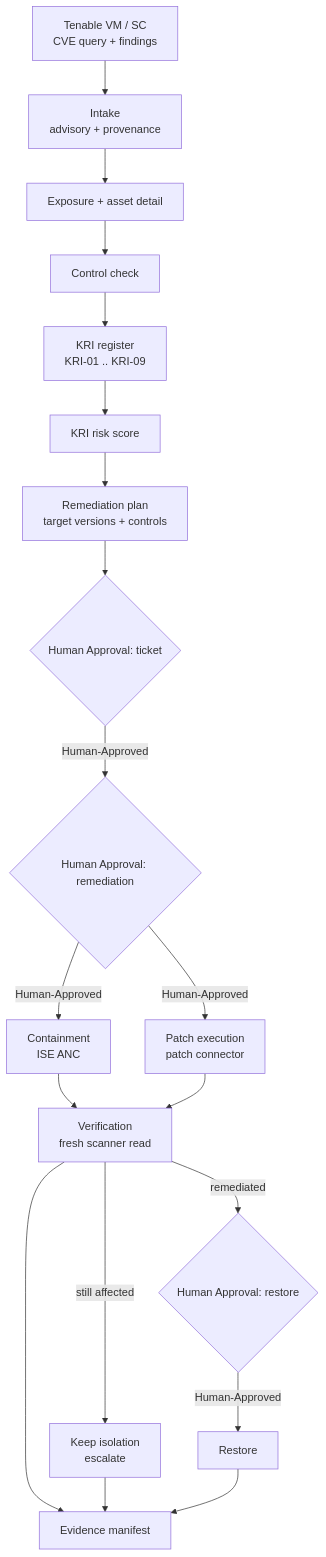
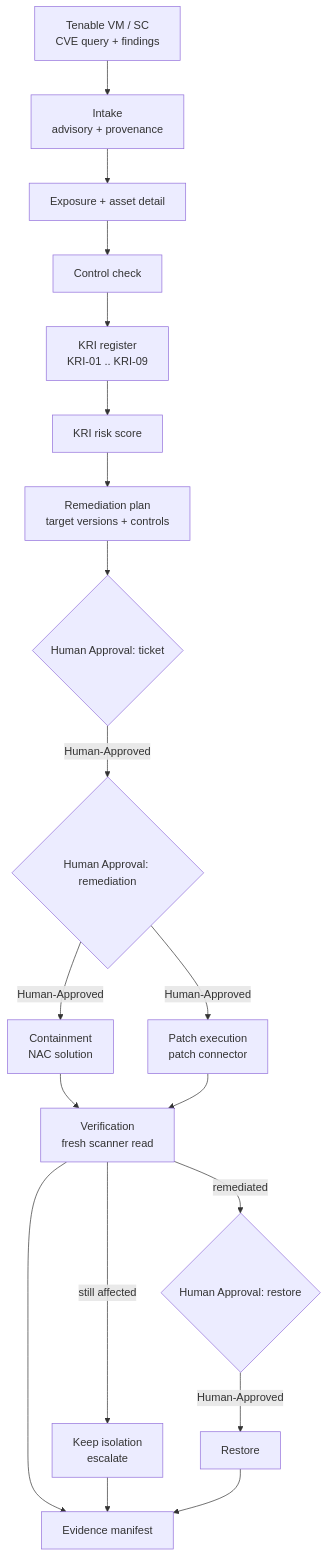
One commit to sword0x00/SecOps-Autopilot changed the diagram in README.md. Above: the diagram before and after it, drawn with Mermaid. The commit also changed other lines of this file and 16 other files, not shown here.

First line of the commit message:
Use NAC solution instead of ISE ANC in docs and user-facing strings

````diff
--- a/README.md
+++ b/README.md
@@ -356,21 +356,21 @@
 ```mermaid
 flowchart TD
     A[Tenable VM / SC<br/>CVE query + findings] --> B[Intake<br/>advisory + provenance]
     B --> C[Exposure + asset detail]
     C --> D[Control check]
     D --> E[KRI register<br/>KRI-01 .. KRI-09]
     E --> E2[KRI risk score]
     E2 --> F[Remediation plan<br/>target versions + controls]
     F --> G{Human Approval: ticket}
     G -->|Human-Approved| H{Human Approval: remediation}
-    H -->|Human-Approved| I[Containment<br/>ISE ANC]
+    H -->|Human-Approved| I[Containment<br/>NAC solution]
     H -->|Human-Approved| P[Patch execution<br/>patch connector]
     I --> V[Verification<br/>fresh scanner read]
     P --> V
     V -->|remediated| K{Human Approval: restore}
     V -->|still affected| L[Keep isolation<br/>escalate]
     K -->|Human-Approved| N[Restore]
     V --> O[Evidence manifest]
     L --> O
     N --> O
 ```
````
